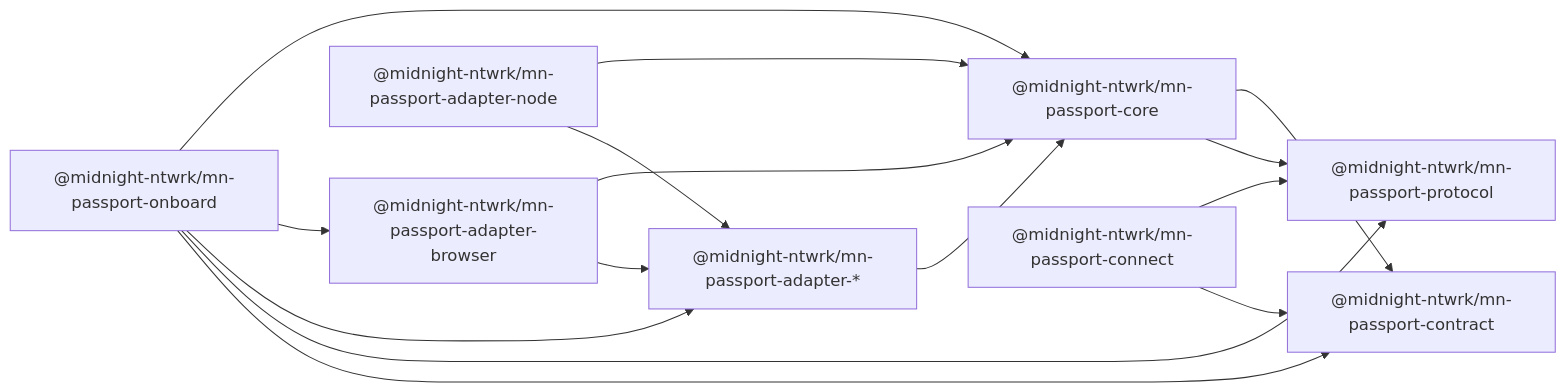
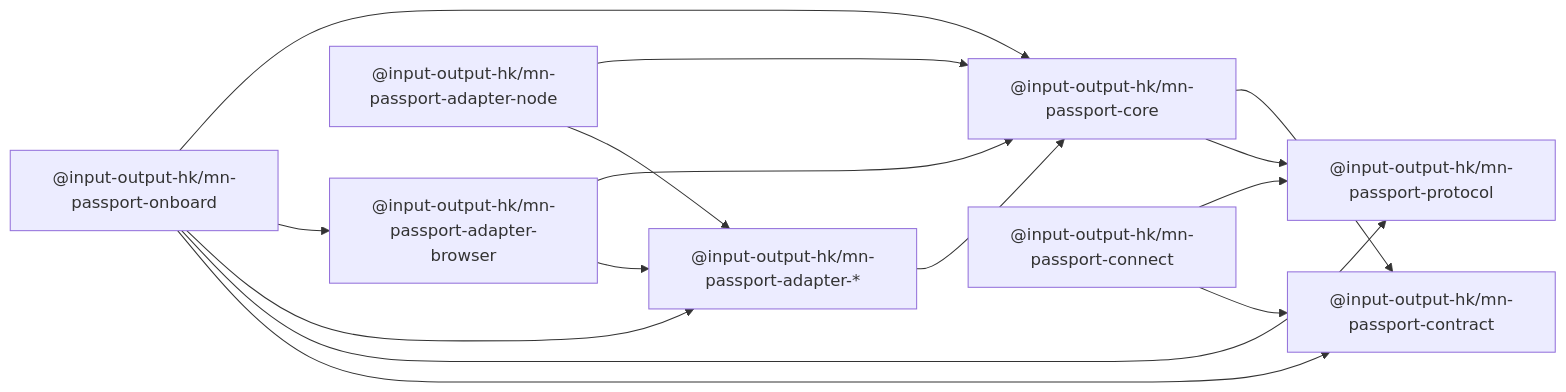
One commit to input-output-hk/midnight-passport-sdk changed the third of 6 diagrams in docs/architecture.md. Above: the diagram before and after it, drawn with Mermaid. The commit also changed other lines of this file and 70 other files, not shown here.

````diff
--- a/docs/architecture.md
+++ b/docs/architecture.md
@@ -337,26 +337,26 @@
 ```mermaid
 flowchart LR
-  PROTO["@midnight-ntwrk/mn-passport-protocol"]
-  CONTRACT["@midnight-ntwrk/mn-passport-contract"]
-  CORE["@midnight-ntwrk/mn-passport-core"]
-  CAPS["@midnight-ntwrk/mn-passport-adapter-*"]
-  BROW["@midnight-ntwrk/mn-passport-adapter-browser"]
-  NODE["@midnight-ntwrk/mn-passport-adapter-node"]
-  CONNECT["@midnight-ntwrk/mn-passport-connect"]
-  ONBOARD["@midnight-ntwrk/mn-passport-onboard"]
+  PROTO["@input-output-hk/mn-passport-protocol"]
+  CONTRACT["@input-output-hk/mn-passport-contract"]
+  CORE["@input-output-hk/mn-passport-core"]
+  CAPS["@input-output-hk/mn-passport-adapter-*"]
+  BROW["@input-output-hk/mn-passport-adapter-browser"]
+  NODE["@input-output-hk/mn-passport-adapter-node"]
+  CONNECT["@input-output-hk/mn-passport-connect"]
+  ONBOARD["@input-output-hk/mn-passport-onboard"]
 
   CORE --> CONTRACT
   CORE --> PROTO
   CAPS --> CORE
   BROW --> CORE
   BROW --> CAPS
   NODE --> CORE
   NODE --> CAPS
   CONNECT --> PROTO
   CONNECT --> CONTRACT
   ONBOARD --> CORE
   ONBOARD --> BROW
   ONBOARD --> CAPS
   ONBOARD --> PROTO
   ONBOARD --> CONTRACT
 ```
````
